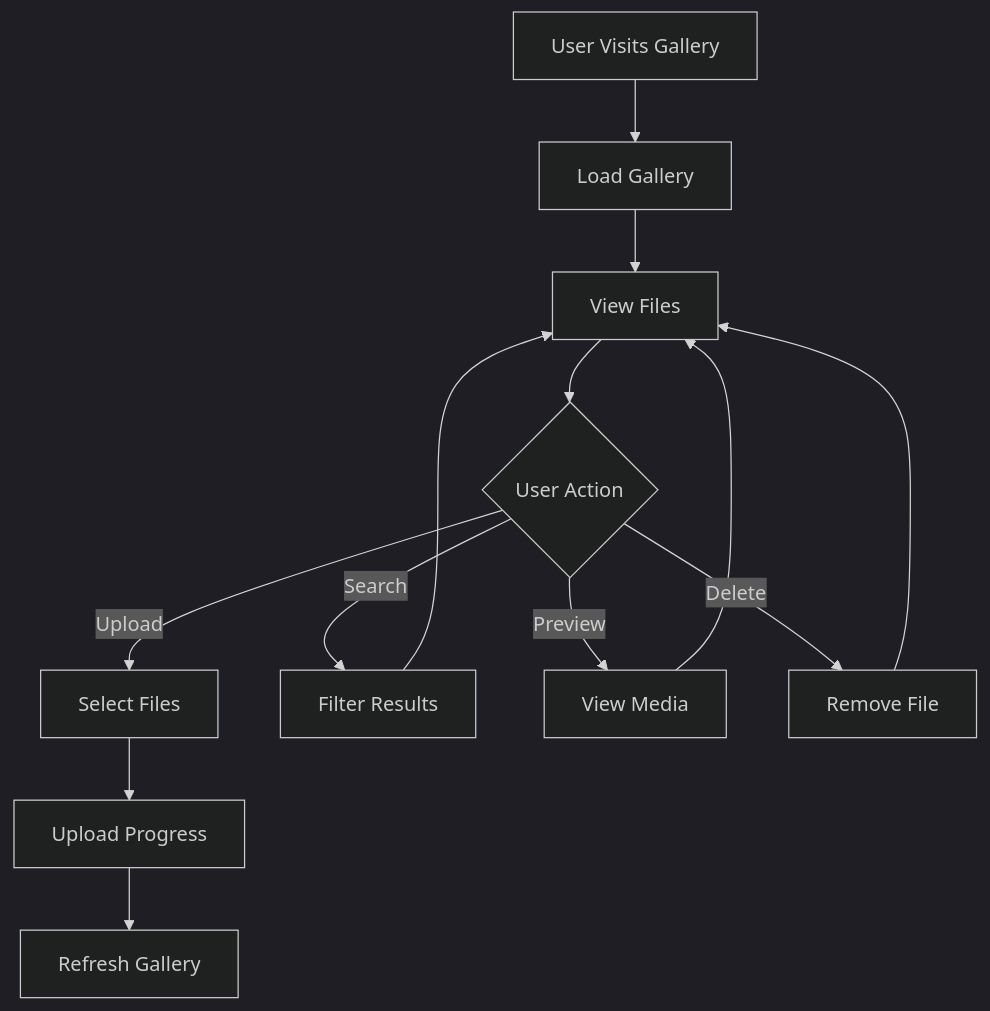
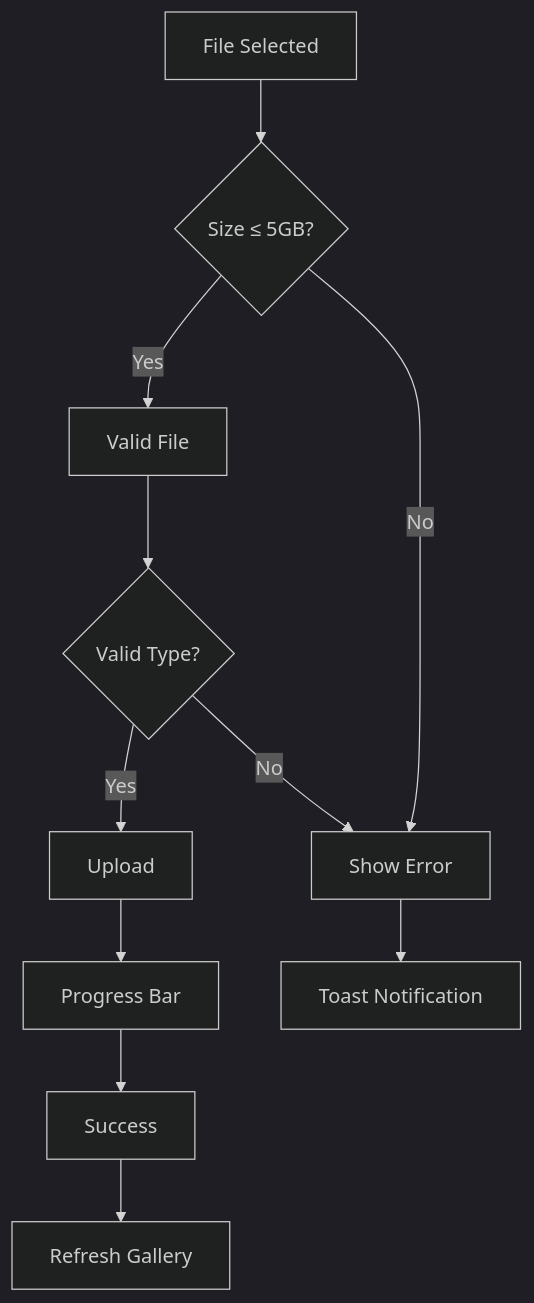
Diagram 12 of 20 in WORKFLOW.md (111rkonde/Scalable-Media-Delivery-Aws), drawn with Mermaid (dark theme) before and after one commit. The commit also changed other lines of this file, not shown here.

Commit message:
Create professional WORKFLOW.md with mermaid diagrams and clean visual documentation

````diff
--- a/WORKFLOW.md
+++ b/WORKFLOW.md
@@ -26,15 +269,16 @@
 ```mermaid
-graph TD
-    A[User Visits Gallery] --> B[Load Gallery]
-    B --> C[View Files]
-    C --> D{User Action}
-    D -->|Upload| E[Select Files]
-    D -->|Search| F[Filter Results]
-    D -->|Preview| G[View Media]
-    D -->|Delete| H[Remove File]
-    E --> I[Upload Progress]
-    I --> J[Refresh Gallery]
-    F --> C
-    G --> C
-    H --> C
+flowchart TD
+    A[File Selected] --> B{Size ≤ 5GB?}
+    B -->|Yes| C[Valid File]
+    B -->|No| D[Show Error]
+    
+    C --> E{Valid Type?}
+    E -->|Yes| F[Upload]
+    E -->|No| D
+    
+    F --> G[Progress Bar]
+    G --> H[Success]
+    H --> I[Refresh Gallery]
+    
+    D --> J[Toast Notification]
 ```
````
